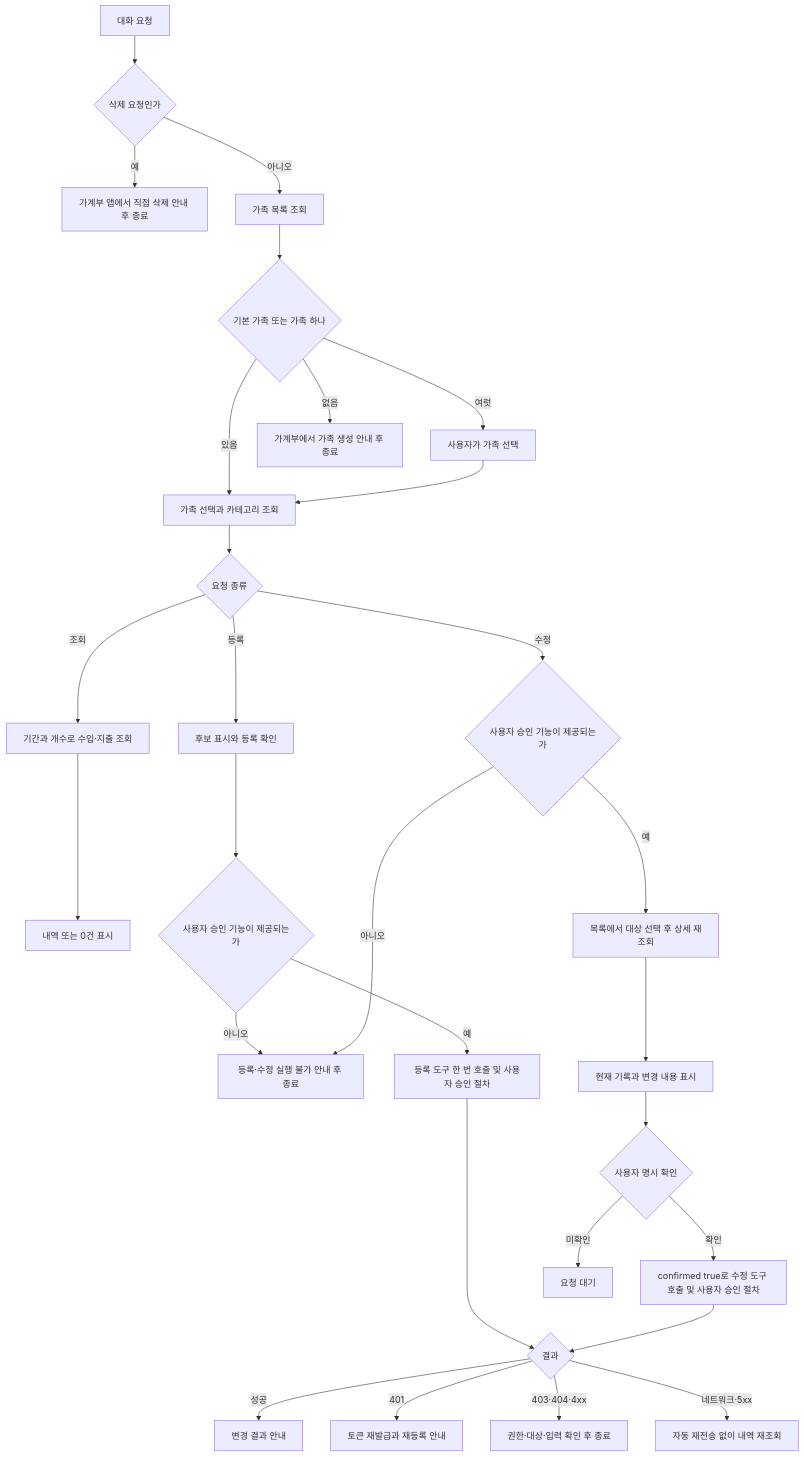
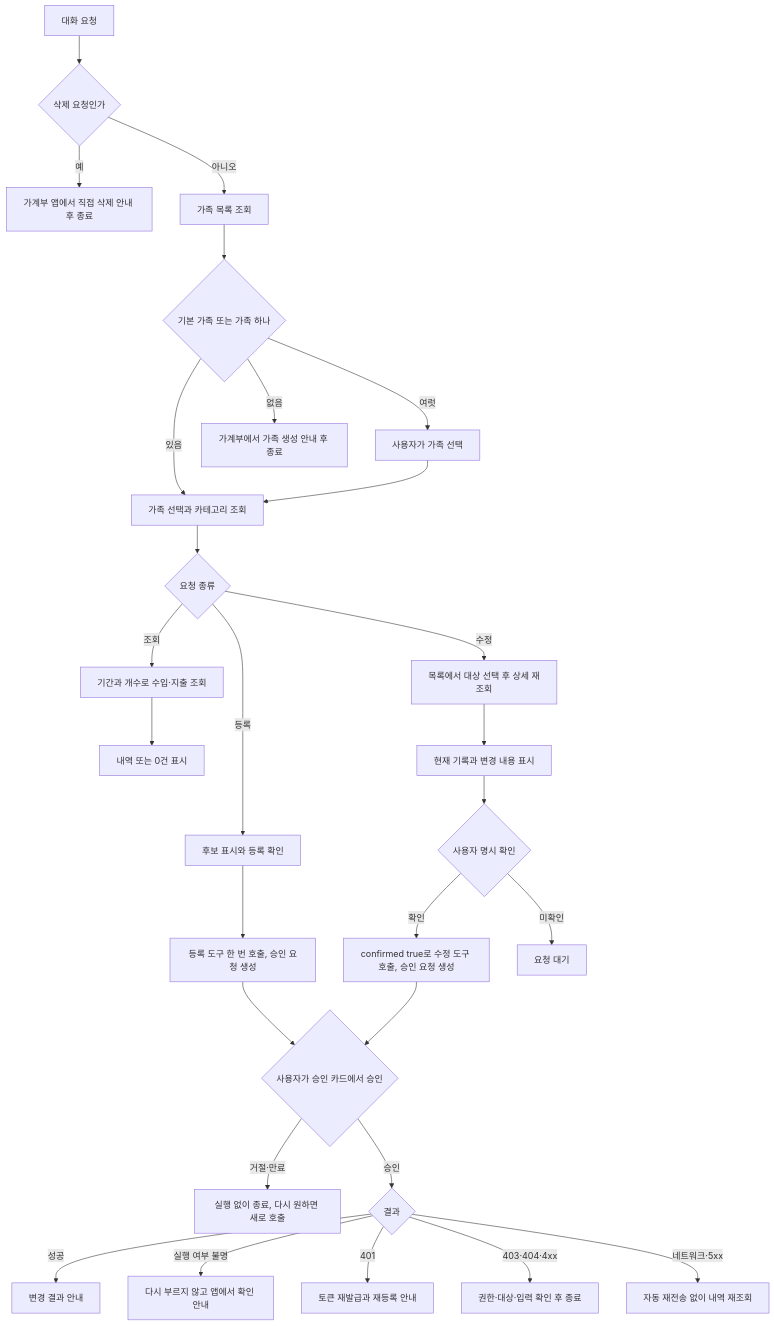
Before and after one commit to jon890/fos-agents: the second of 2 diagrams in accountbook/docs/flow.md, drawn with Mermaid. The commit also changed other lines of this file and 6 other files, not shown here.

````diff
--- a/accountbook/docs/flow.md
+++ b/accountbook/docs/flow.md
@@ -82,31 +84,30 @@
 ```mermaid
 flowchart TD
   A[대화 요청] --> V{삭제 요청인가}
   V -->|예| W[가계부 앱에서 직접 삭제 안내 후 종료]
   V -->|아니오| B[가족 목록 조회]
   B --> C{기본 가족 또는 가족 하나}
   C -->|있음| D[가족 선택과 카테고리 조회]
   C -->|여럿| E[사용자가 가족 선택]
   E --> D
   C -->|없음| F[가계부에서 가족 생성 안내 후 종료]
   D --> G{요청 종류}
   G -->|조회| H[기간과 개수로 수입·지출 조회]
   H --> I[내역 또는 0건 표시]
   G -->|등록| J[후보 표시와 등록 확인]
-  J --> X{사용자 승인 기능이 제공되는가}
-  X -->|아니오| Y[등록·수정 실행 불가 안내 후 종료]
-  X -->|예| K[등록 도구 한 번 호출 및 사용자 승인 절차]
-  G -->|수정| Z{사용자 승인 기능이 제공되는가}
-  Z -->|아니오| Y
-  Z -->|예| L[목록에서 대상 선택 후 상세 재조회]
+  J --> K[등록 도구 한 번 호출, 승인 요청 생성]
+  G -->|수정| L[목록에서 대상 선택 후 상세 재조회]
   L --> M[현재 기록과 변경 내용 표시]
   M --> N{사용자 명시 확인}
-  N -->|확인| O[confirmed true로 수정 도구 호출 및 사용자 승인 절차]
+  N -->|확인| O[confirmed true로 수정 도구 호출, 승인 요청 생성]
   N -->|미확인| P[요청 대기]
-  K --> Q{결과}
-  O --> Q
+  K --> Y{사용자가 승인 카드에서 승인}
+  O --> Y
+  Y -->|거절·만료| Z[실행 없이 종료, 다시 원하면 새로 호출]
+  Y -->|승인| Q{결과}
   Q -->|성공| R[변경 결과 안내]
+  Q -->|실행 여부 불명| V2[다시 부르지 않고 앱에서 확인 안내]
   Q -->|401| S[토큰 재발급과 재등록 안내]
   Q -->|403·404·4xx| T[권한·대상·입력 확인 후 종료]
   Q -->|네트워크·5xx| U[자동 재전송 없이 내역 재조회]
 ```
````
